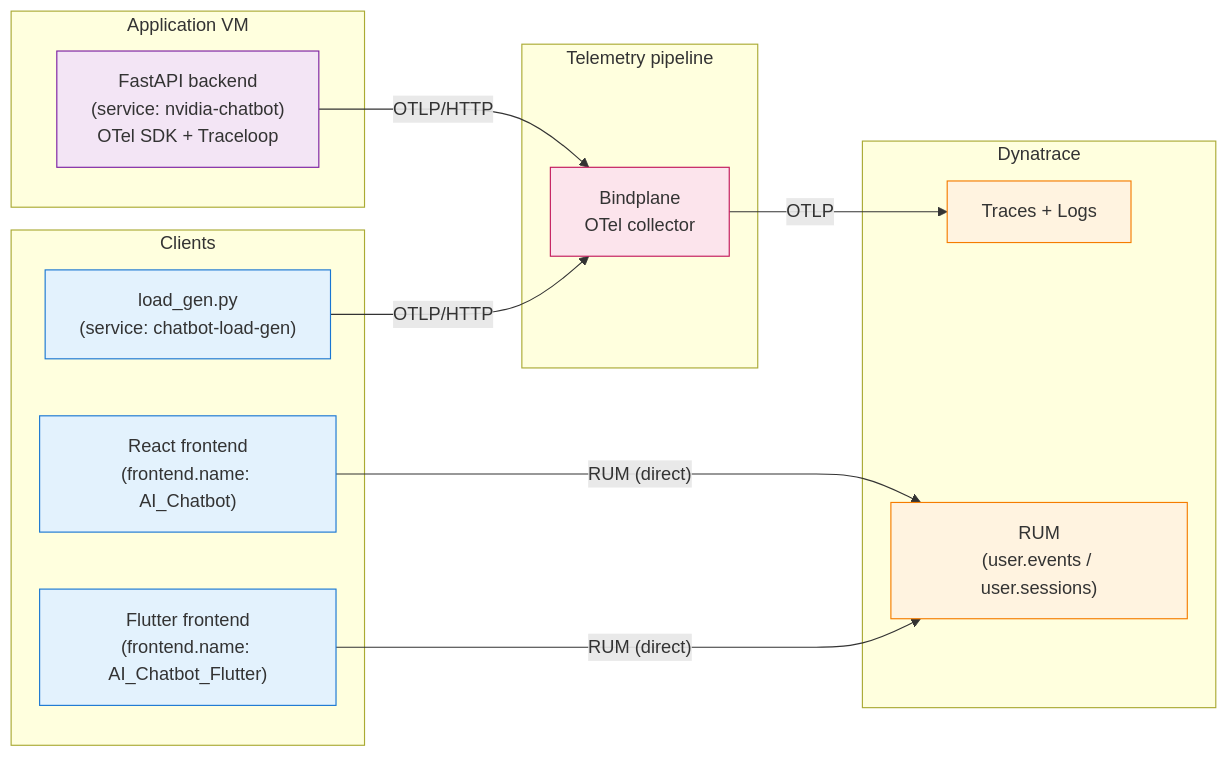
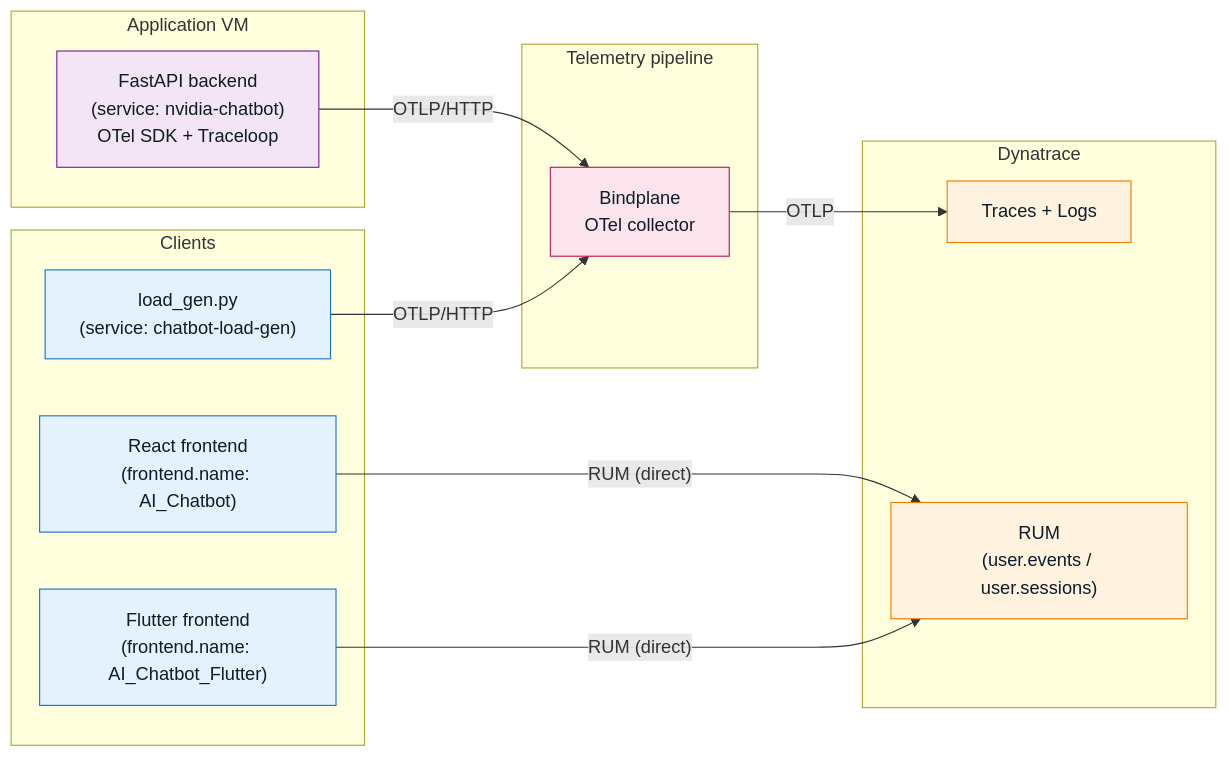
One commit to clydeanderson-dt/nvidia-chatbot changed the third of 4 diagrams in docs/diagrams.md. Above: the diagram before and after it, drawn with Mermaid. The commit also changed other lines of this file, not shown here.

````diff
--- a/docs/diagrams.md
+++ b/docs/diagrams.md
@@ -114,36 +114,36 @@
 ```mermaid
 flowchart LR
     subgraph clients["Clients"]
         web["React frontend<br/>(frontend.name: AI_Chatbot)"]
         mobile["Flutter frontend<br/>(frontend.name: AI_Chatbot_Flutter)"]
         lg["load_gen.py<br/>(service: chatbot-load-gen)"]
     end
 
     subgraph vm["Application VM"]
         backend["FastAPI backend<br/>(service: nvidia-chatbot)<br/>OTel SDK + Traceloop"]
     end
 
     subgraph pipe["Telemetry pipeline"]
         bp["Bindplane<br/>OTel collector"]
     end
 
     subgraph dt["Dynatrace"]
         dttraces["Traces + Logs"]
         dtrum["RUM<br/>(user.events / user.sessions)"]
     end
 
     web -- "RUM (direct)" --> dtrum
     mobile -- "RUM (direct)" --> dtrum
     backend -- "OTLP/HTTP" --> bp
     lg -- "OTLP/HTTP" --> bp
     bp -- "OTLP" --> dttraces
 
-    classDef client fill:#e3f2fd,stroke:#1976d2
-    classDef infra fill:#f3e5f5,stroke:#7b1fa2
-    classDef external fill:#fff3e0,stroke:#f57c00
-    classDef pipeStyle fill:#fce4ec,stroke:#c2185b
+    classDef client fill:#e3f2fd,stroke:#1976d2,color:#0d1b2a
+    classDef infra fill:#f3e5f5,stroke:#7b1fa2,color:#0d1b2a
+    classDef external fill:#fff3e0,stroke:#f57c00,color:#0d1b2a
+    classDef pipeStyle fill:#fce4ec,stroke:#c2185b,color:#0d1b2a
     class web,mobile,lg client
     class backend infra
     class dttraces,dtrum external
     class bp pipeStyle
 ```
````
